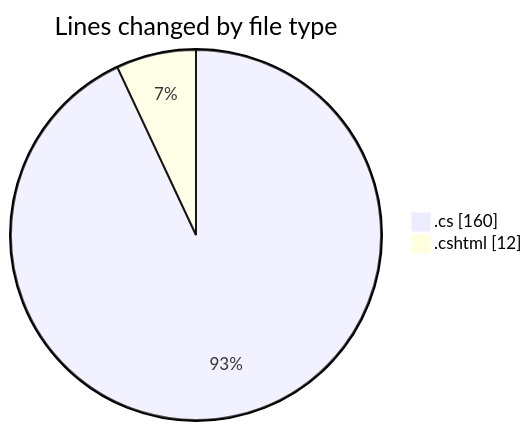
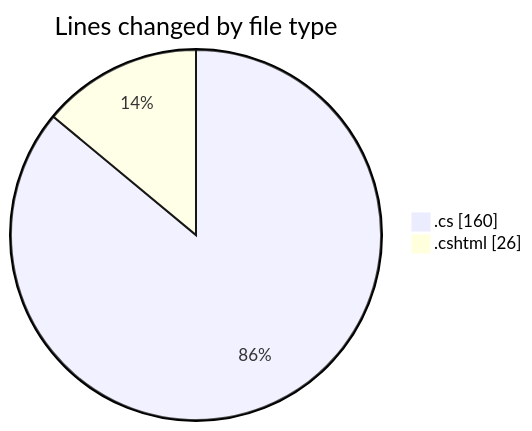
One commit to lephambinh05/code-tracking changed the first of 2 diagrams in 2025-07-16/nhahang/README.md. Above: the diagram before and after it, drawn with Mermaid. The commit also changed other lines of this file and 1 other file, not shown here.

````diff
--- a/2025-07-16/nhahang/README.md
+++ b/2025-07-16/nhahang/README.md
@@ -25,6 +27,6 @@
 ```mermaid
 pie showData
 title Lines changed by file type
 ".cs" : 160
-".cshtml" : 12
+".cshtml" : 26
 ```
````
